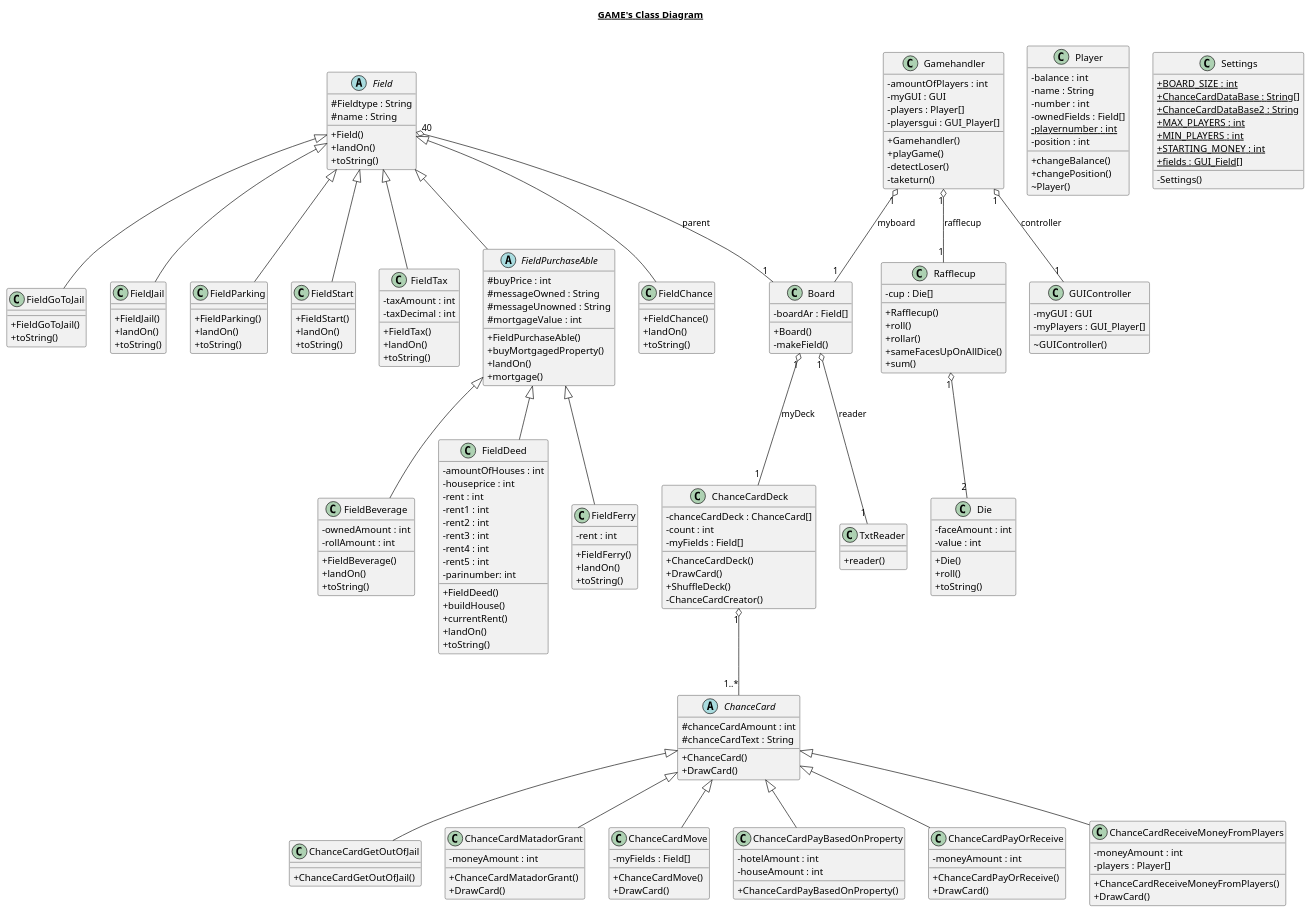
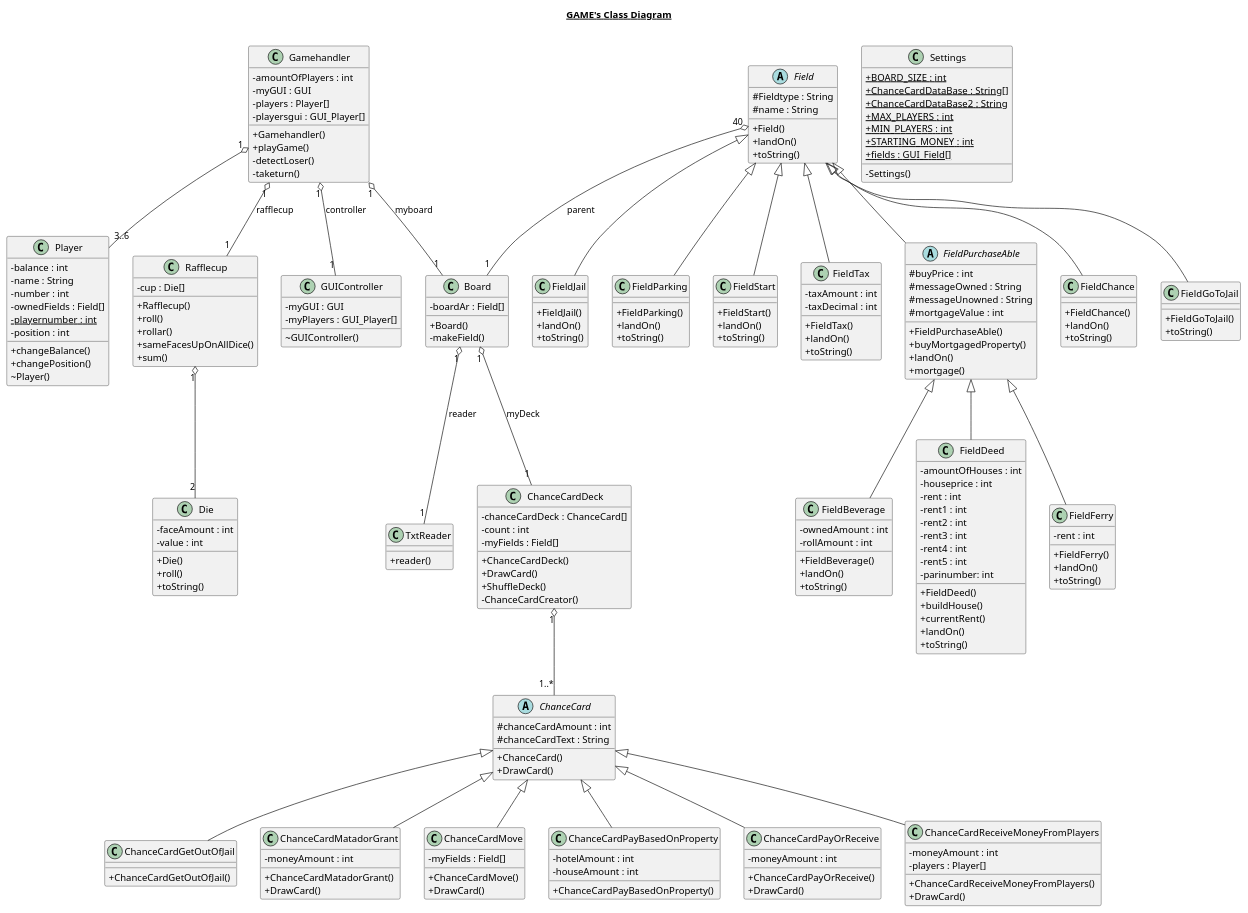
Before and after one commit to christianhyltoft/GAMEassignment: the diagram in UML/DesignClassDiagram.plantuml, drawn with PlantUML.

Commit message:
Small diagram changes

```diff
--- a/UML/DesignClassDiagram.plantuml
+++ b/UML/DesignClassDiagram.plantuml
@@ -285,4 +285,5 @@
   Gamehandler"1" o-- "1"Board : myboard
   Gamehandler"1" o-- "1"Rafflecup : rafflecup
   Rafflecup"1" o-- "2"Die
+  Gamehandler"1" o-- "3..6"Player
 @enduml
```
